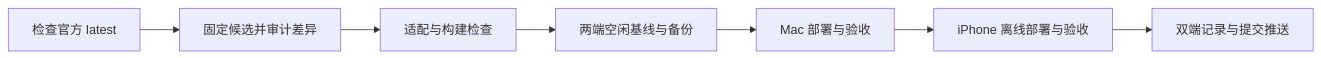
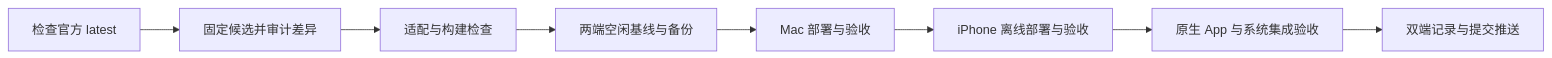
Before and after one commit to xxzzddxzd/dsh-iphone: the diagram in docs/upgrade-workflow.md, drawn with Mermaid. The commit also changed other lines of this file and 74 other files, not shown here.

````diff
--- a/docs/upgrade-workflow.md
+++ b/docs/upgrade-workflow.md
@@ -5,9 +5,10 @@
 ```mermaid
 flowchart LR
   A[检查官方 latest] --> B[固定候选并审计差异]
   B --> C[适配与构建检查]
   C --> D[两端空闲基线与备份]
   D --> E[Mac 部署与验收]
   E --> F[iPhone 离线部署与验收]
-  F --> G[双端记录与提交推送]
+  F --> N[原生 App 与系统集成验收]
+  N --> G[双端记录与提交推送]
 ```
````
